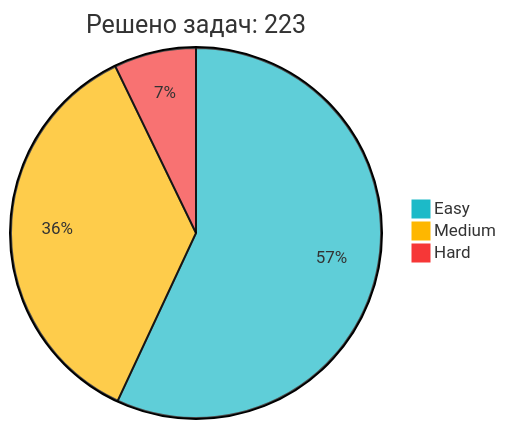
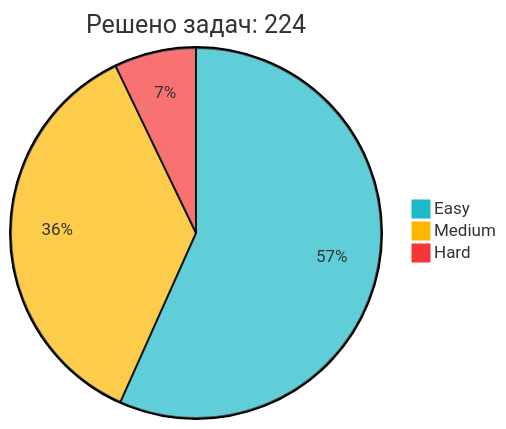
The diagram in README.md (IliaKurdukov/IliaKurdukov), drawn with Mermaid before and after one commit. The commit also changed other lines of this file, not shown here.

Commit message:
📈 Обновление статистики LeetCode

````diff
--- a/README.md
+++ b/README.md
@@ -51,7 +51,7 @@
 ```mermaid
 %%{init: {'theme': 'base', 'themeVariables': { 'pie1': '#1CBAC8', 'pie2': '#FEB700', 'pie3': '#F63737' }, 'config': {'width': 300, 'height': 200}}}%%
-pie title Решено задач: 223
+pie title Решено задач: 224
    "Easy" : 127
-   "Medium" : 80
+   "Medium" : 81
    "Hard" : 16
 ```
````
